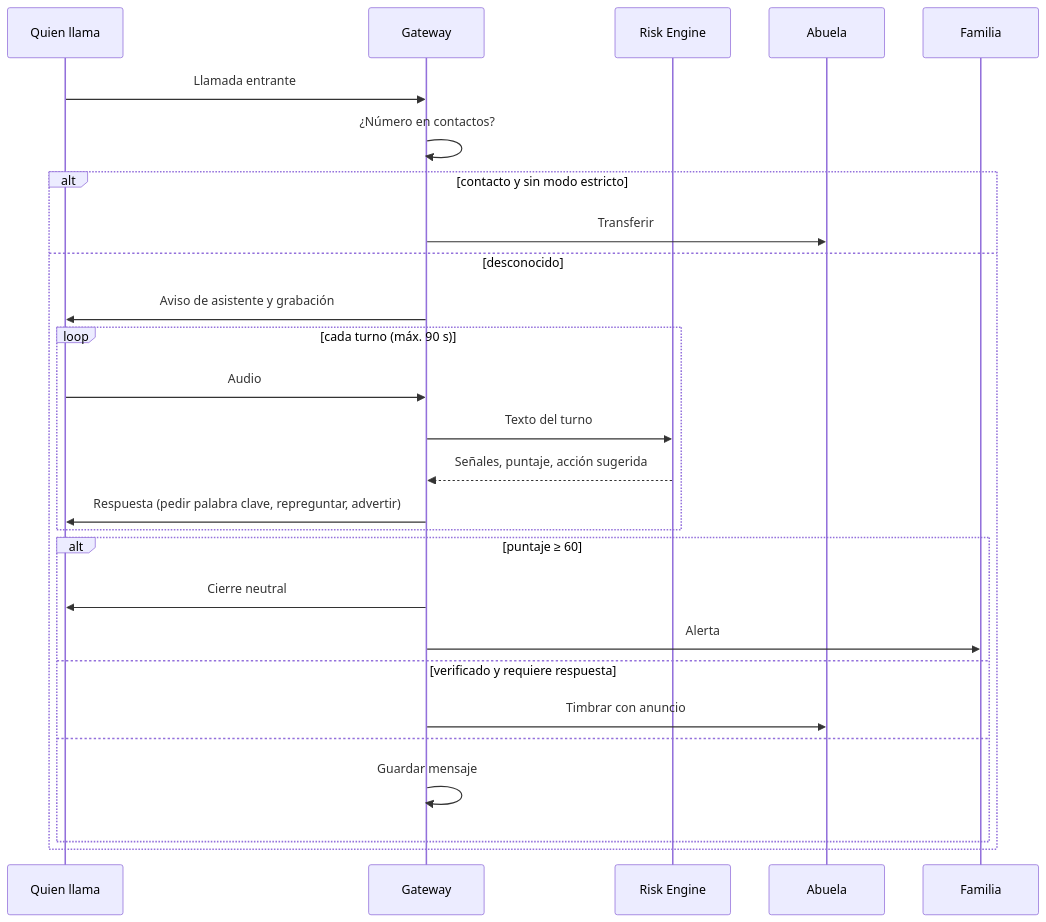
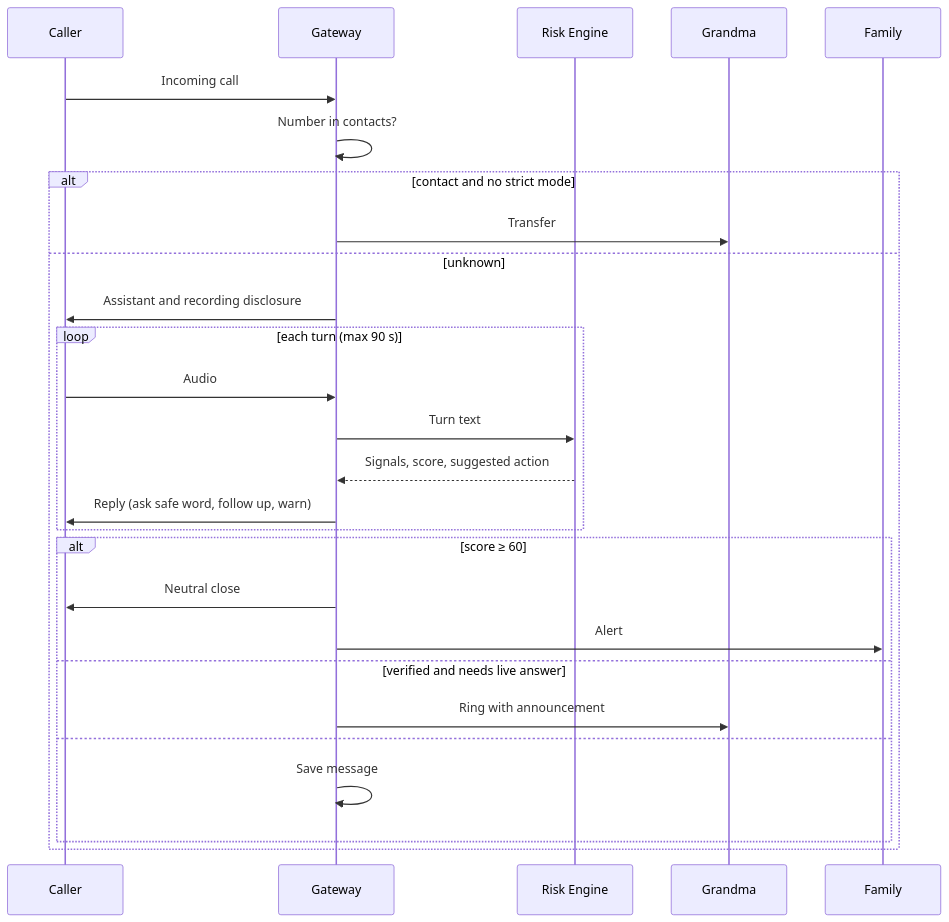
Before and after one commit to Luenpa01/after-the-beep: the second of 2 diagrams in .kiro/specs/after-the-beep/design.md, drawn with Mermaid. The commit also changed other lines of this file and 10 other files, not shown here.

````diff
--- a/.kiro/specs/after-the-beep/design.md
+++ b/.kiro/specs/after-the-beep/design.md
@@ -29,29 +29,29 @@
 ```mermaid
 sequenceDiagram
-  participant L as Quien llama
+  participant L as Caller
   participant G as Gateway
   participant R as Risk Engine
-  participant A as Abuela
-  participant F as Familia
-  L->>G: Llamada entrante
-  G->>G: ¿Número en contactos?
-  alt contacto y sin modo estricto
-    G->>A: Transferir
-  else desconocido
-    G->>L: Aviso de asistente y grabación
-    loop cada turno (máx. 90 s)
+  participant A as Grandma
+  participant F as Family
+  L->>G: Incoming call
+  G->>G: Number in contacts?
+  alt contact and no strict mode
+    G->>A: Transfer
+  else unknown
+    G->>L: Assistant and recording disclosure
+    loop each turn (max 90 s)
       L->>G: Audio
-      G->>R: Texto del turno
-      R-->>G: Señales, puntaje, acción sugerida
-      G->>L: Respuesta (pedir palabra clave, repreguntar, advertir)
+      G->>R: Turn text
+      R-->>G: Signals, score, suggested action
+      G->>L: Reply (ask safe word, follow up, warn)
     end
-    alt puntaje ≥ 60
-      G->>L: Cierre neutral
-      G->>F: Alerta
-    else verificado y requiere respuesta
-      G->>A: Timbrar con anuncio
+    alt score ≥ 60
+      G->>L: Neutral close
+      G->>F: Alert
+    else verified and needs live answer
+      G->>A: Ring with announcement
     else
-      G->>G: Guardar mensaje
+      G->>G: Save message
     end
   end
 ```
````
